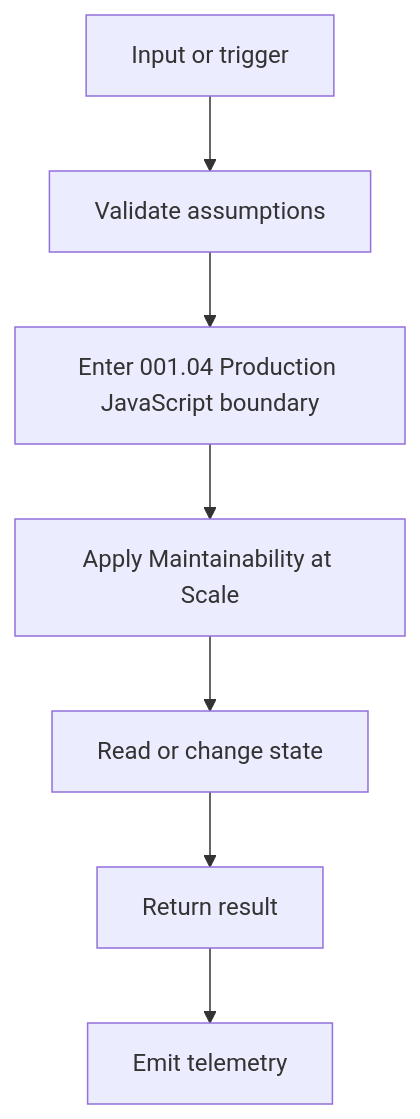
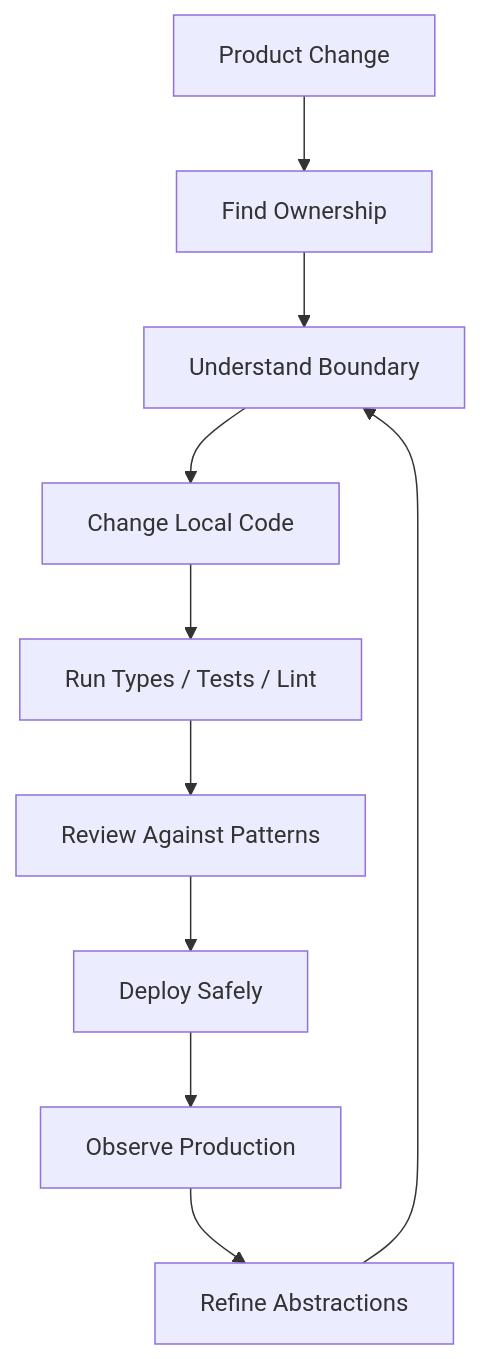
Before and after one commit to AjayPrajapat/Interview: the first of 5 diagrams in 001. JavaScript Core/001.04 Production JavaScript/001.04.03 Maintainability at Scale/README.md, drawn with Mermaid. The commit also changed other lines of this file and 5 other files, not shown here.

````diff
--- a/001. JavaScript Core/001.04 Production JavaScript/001.04.03 Maintainability at Scale/README.md
+++ b/001. JavaScript Core/001.04 Production JavaScript/001.04.03 Maintainability at Scale/README.md
@@ -453,9 +198,12 @@
 ```mermaid
 flowchart TD
-  A[Input or trigger] --> B[Validate assumptions]
-  B --> C[Enter 001.04 Production JavaScript boundary]
-  C --> D[Apply Maintainability at Scale]
-  D --> E[Read or change state]
-  E --> F[Return result]
-  F --> G[Emit telemetry]
+  A["Product Change"] --> B["Find Ownership"]
+  B --> C["Understand Boundary"]
+  C --> D["Change Local Code"]
+  D --> E["Run Types / Tests / Lint"]
+  E --> F["Review Against Patterns"]
+  F --> G["Deploy Safely"]
+  G --> H["Observe Production"]
+  H --> I["Refine Abstractions"]
+  I --> C
 ```
````
